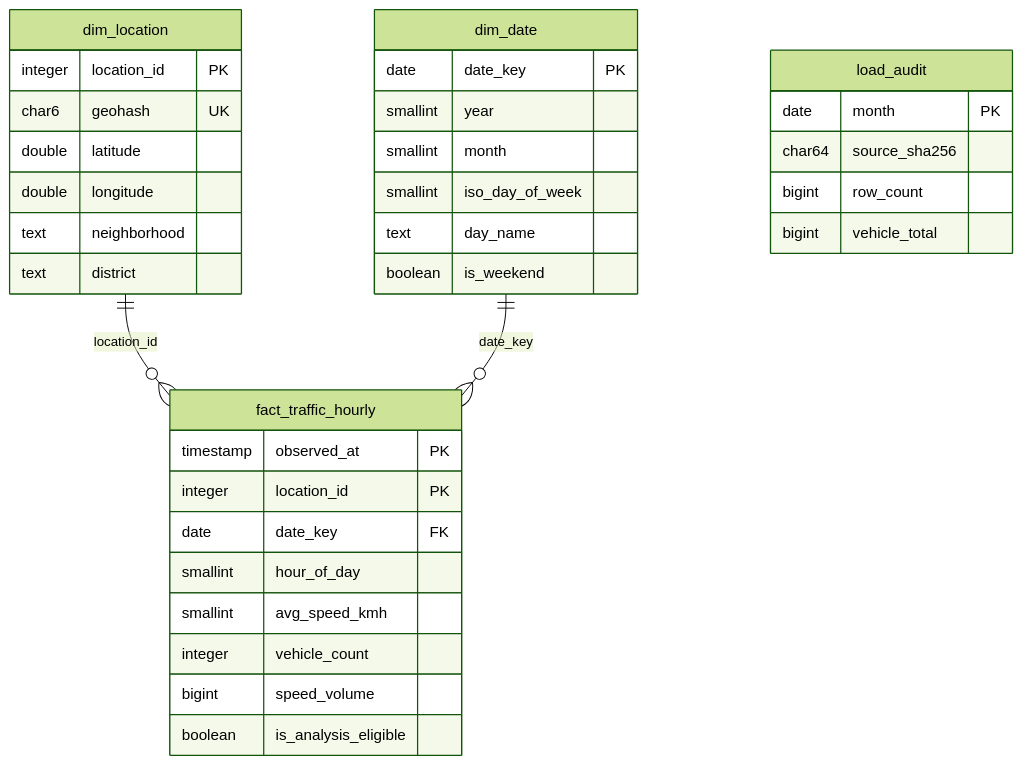
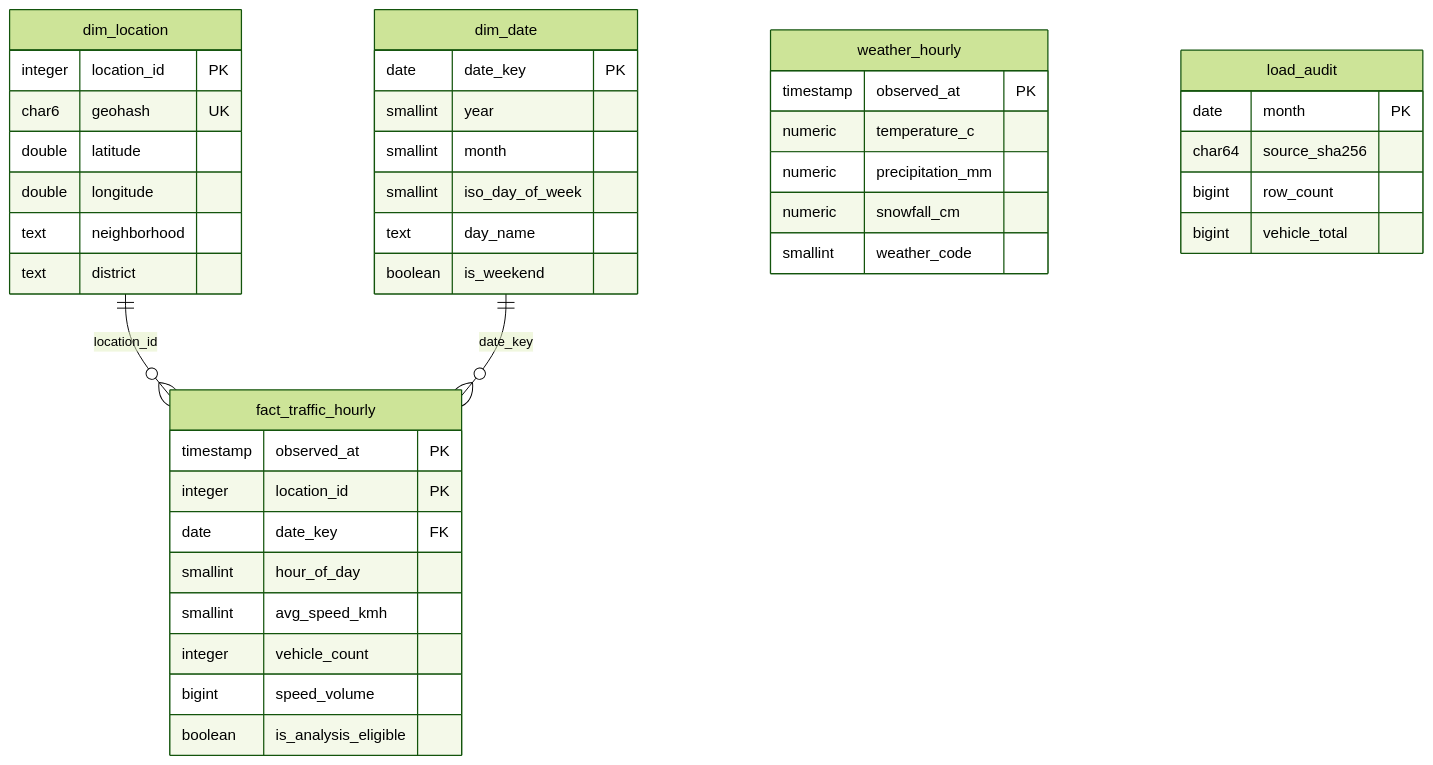
One commit to rasimataberksahin/istanbul-traffic-analytics changed the diagram in docs/database.md. Above: the diagram before and after it, drawn with Mermaid (forest theme). The commit also changed 22 other files, not shown here.

````diff
--- a/docs/database.md
+++ b/docs/database.md
@@ -10,38 +10,45 @@
 ```mermaid
 erDiagram
     dim_location ||--o{ fact_traffic_hourly : "location_id"
     dim_date ||--o{ fact_traffic_hourly : "date_key"
 
     dim_location {
         integer location_id PK
         char6 geohash UK
         double latitude
         double longitude
         text neighborhood
         text district
+    }
+    weather_hourly {
+        timestamp observed_at PK
+        numeric temperature_c
+        numeric precipitation_mm
+        numeric snowfall_cm
+        smallint weather_code
     }
     dim_date {
         date date_key PK
         smallint year
         smallint month
         smallint iso_day_of_week
         text day_name
         boolean is_weekend
     }
     fact_traffic_hourly {
         timestamp observed_at PK
         integer location_id PK
         date date_key FK
         smallint hour_of_day
         smallint avg_speed_kmh
         integer vehicle_count
         bigint speed_volume
         boolean is_analysis_eligible
     }
     load_audit {
         date month PK
         char64 source_sha256
         bigint row_count
         bigint vehicle_total
     }
 ```
````
